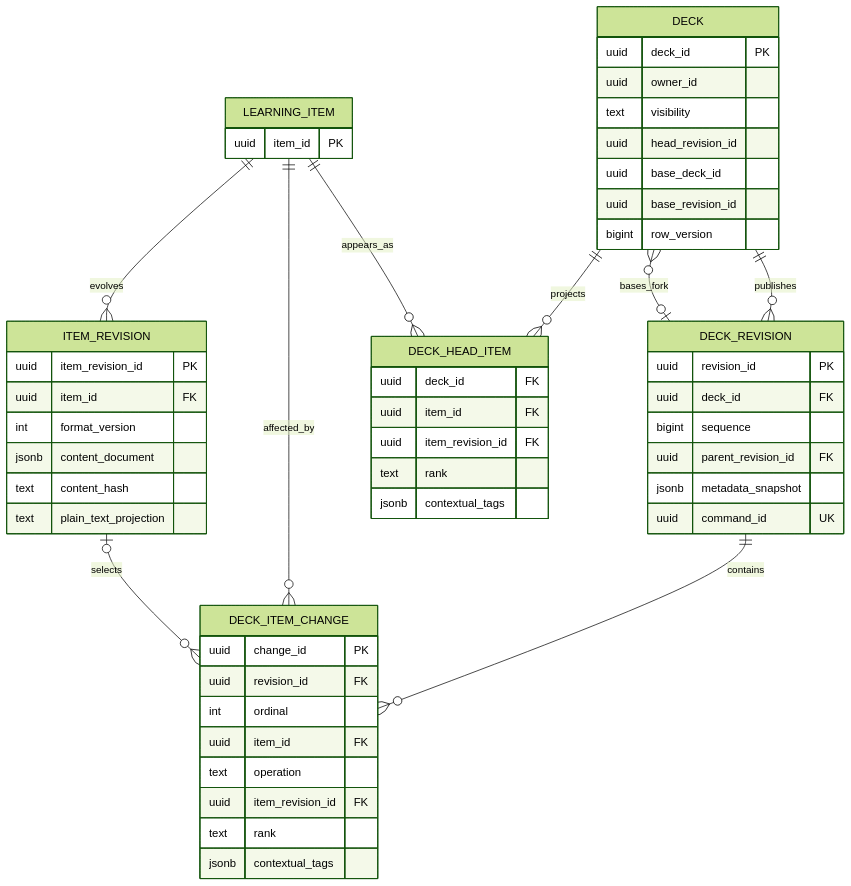
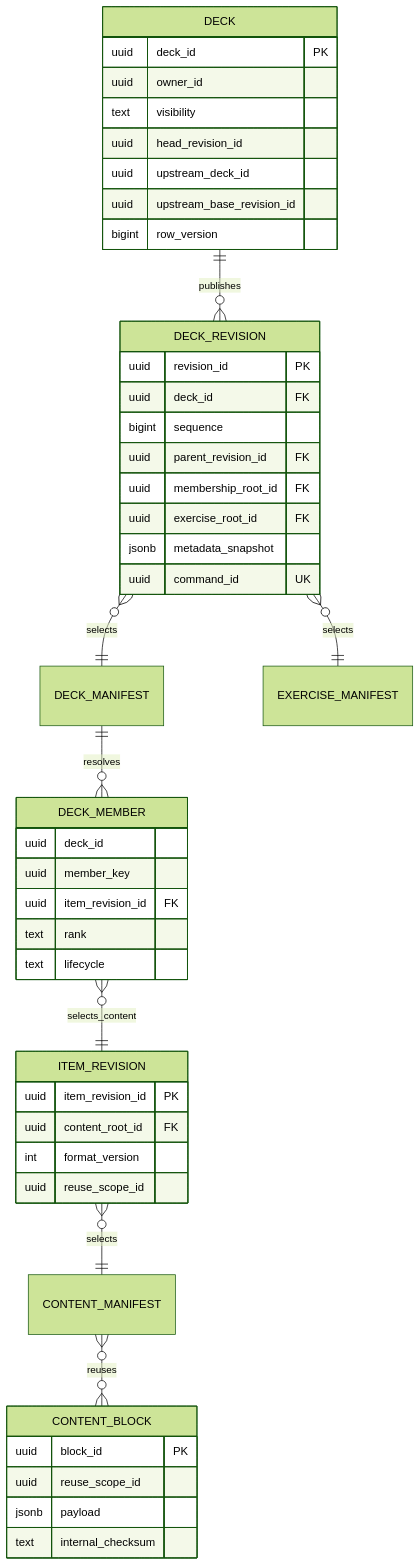
Before and after one commit to MattoYuzuru/Mnema: the second of 3 diagrams in docs/architecture/content-platform-v2.md, drawn with Mermaid (forest theme). The commit also changed other lines of this file and 34 other files, not shown here.

````diff
--- a/docs/architecture/content-platform-v2.md
+++ b/docs/architecture/content-platform-v2.md
@@ -132,57 +158,49 @@
 ```mermaid
 erDiagram
     DECK ||--o{ DECK_REVISION : publishes
-    DECK_REVISION o|--o{ DECK : bases_fork
-    DECK_REVISION ||--o{ DECK_ITEM_CHANGE : contains
-    LEARNING_ITEM ||--o{ ITEM_REVISION : evolves
-    LEARNING_ITEM ||--o{ DECK_ITEM_CHANGE : affected_by
-    ITEM_REVISION o|--o{ DECK_ITEM_CHANGE : selects
-    DECK ||--o{ DECK_HEAD_ITEM : projects
-    LEARNING_ITEM ||--o{ DECK_HEAD_ITEM : appears_as
+    DECK_REVISION }o--|| DECK_MANIFEST : selects
+    DECK_MANIFEST ||--o{ DECK_MEMBER : resolves
+    DECK_MEMBER }o--|| ITEM_REVISION : selects_content
+    ITEM_REVISION }o--|| CONTENT_MANIFEST : selects
+    CONTENT_MANIFEST }o--o{ CONTENT_BLOCK : reuses
+    DECK_REVISION }o--|| EXERCISE_MANIFEST : selects
 
     DECK {
         uuid deck_id PK
         uuid owner_id
         text visibility
         uuid head_revision_id
-        uuid base_deck_id
-        uuid base_revision_id
+        uuid upstream_deck_id
+        uuid upstream_base_revision_id
         bigint row_version
     }
     DECK_REVISION {
         uuid revision_id PK
         uuid deck_id FK
         bigint sequence
         uuid parent_revision_id FK
+        uuid membership_root_id FK
+        uuid exercise_root_id FK
         jsonb metadata_snapshot
         uuid command_id UK
     }
-    LEARNING_ITEM {
-        uuid item_id PK
+    DECK_MEMBER {
+        uuid deck_id
+        uuid member_key
+        uuid item_revision_id FK
+        text rank
+        text lifecycle
     }
     ITEM_REVISION {
         uuid item_revision_id PK
-        uuid item_id FK
+        uuid content_root_id FK
         int format_version
-        jsonb content_document
-        text content_hash
-        text plain_text_projection
+        uuid reuse_scope_id
     }
-    DECK_ITEM_CHANGE {
-        uuid change_id PK
-        uuid revision_id FK
-        int ordinal
-        uuid item_id FK
-        text operation
-        uuid item_revision_id FK
-        text rank
-        jsonb contextual_tags
-    }
-    DECK_HEAD_ITEM {
-        uuid deck_id FK
-        uuid item_id FK
-        uuid item_revision_id FK
-        text rank
-        jsonb contextual_tags
+    CONTENT_BLOCK {
+        uuid block_id PK
+        uuid reuse_scope_id
+        jsonb payload
+        text internal_checksum
     }
 ```
````
